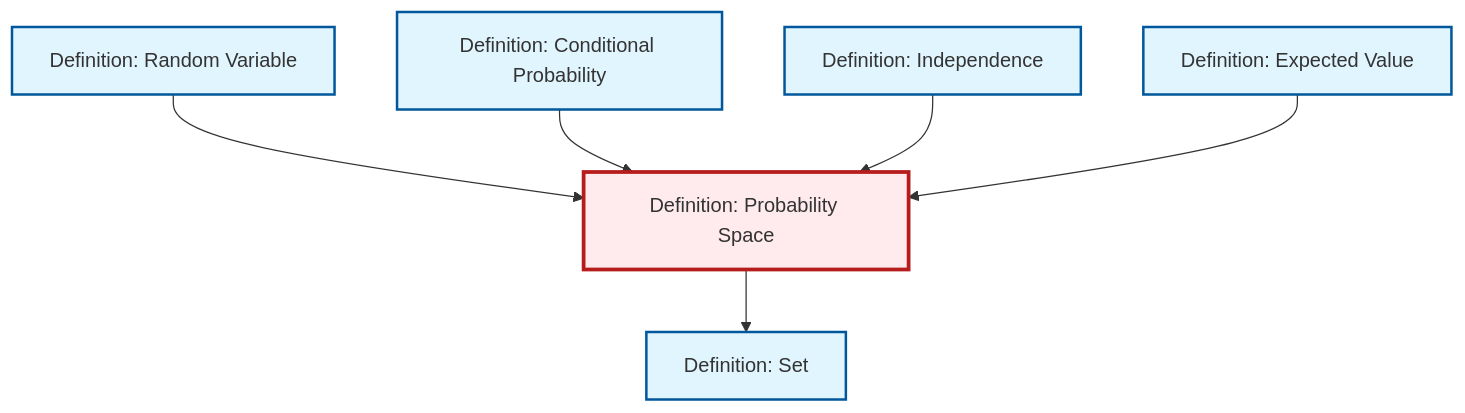
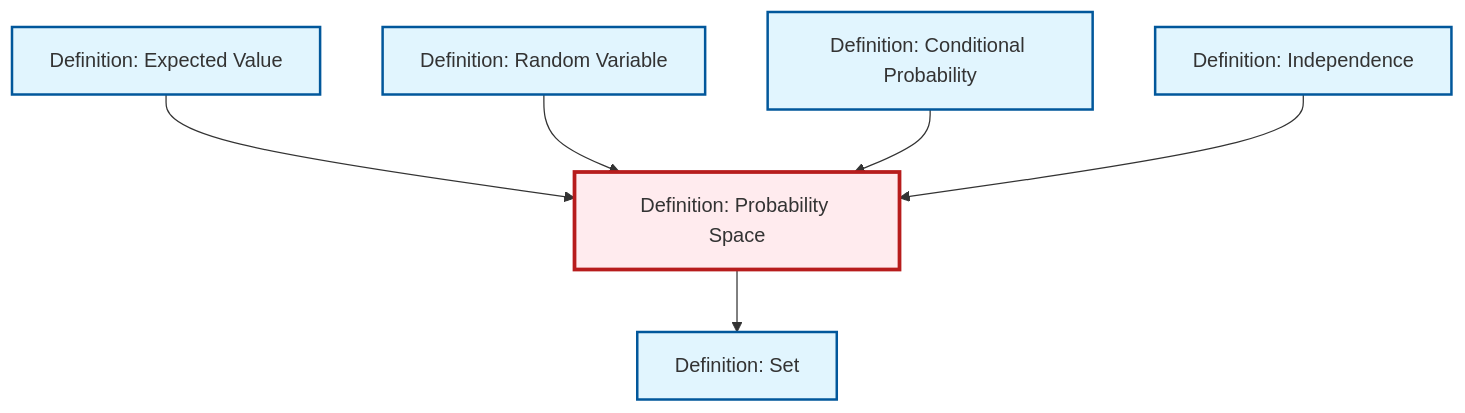
One commit to RK0429/ModernMath changed the diagram in content/en/probability-statistics/def-probability-space.qmd. Above: the diagram before and after it, drawn with Mermaid. The commit also changed other lines of this file and 615 other files, not shown here.

````diff
--- a/content/en/probability-statistics/def-probability-space.qmd
+++ b/content/en/probability-statistics/def-probability-space.qmd
@@ -46,26 +46,26 @@
 ```{mermaid}
 %%| fig-cap: "Local dependency graph"
 graph TD
     classDef definition fill:#e1f5fe,stroke:#01579b,stroke-width:2px
     classDef theorem fill:#f3e5f5,stroke:#4a148c,stroke-width:2px
     classDef axiom fill:#fff3e0,stroke:#e65100,stroke-width:2px
     classDef example fill:#e8f5e9,stroke:#1b5e20,stroke-width:2px
     classDef current fill:#ffebee,stroke:#b71c1c,stroke-width:3px
+    def-independence["Definition: Independence"]:::definition
     def-set["Definition: Set"]:::definition
+    def-probability-space["Definition: Probability Space"]:::definition
+    def-random-variable["Definition: Random Variable"]:::definition
     def-expectation["Definition: Expected Value"]:::definition
-    def-random-variable["Definition: Random Variable"]:::definition
-    def-probability-space["Definition: Probability Space"]:::definition
     def-conditional-probability["Definition: Conditional Probability"]:::definition
-    def-independence["Definition: Independence"]:::definition
-    def-probability-space --> def-set
+    def-expectation --> def-probability-space
     def-random-variable --> def-probability-space
     def-conditional-probability --> def-probability-space
     def-independence --> def-probability-space
-    def-expectation --> def-probability-space
+    def-probability-space --> def-set
     class def-probability-space current
+    click def-independence "def-independence.html" "Go to Independence definition"
     click def-set "def-set.html" "Go to Set definition"
+    click def-random-variable "def-random-variable.html" "Go to Random Variable definition"
     click def-expectation "def-expectation.html" "Go to Expected Value definition"
-    click def-random-variable "def-random-variable.html" "Go to Random Variable definition"
     click def-conditional-probability "def-conditional-probability.html" "Go to Conditional Probability definition"
-    click def-independence "def-independence.html" "Go to Independence definition"
 ```
````
